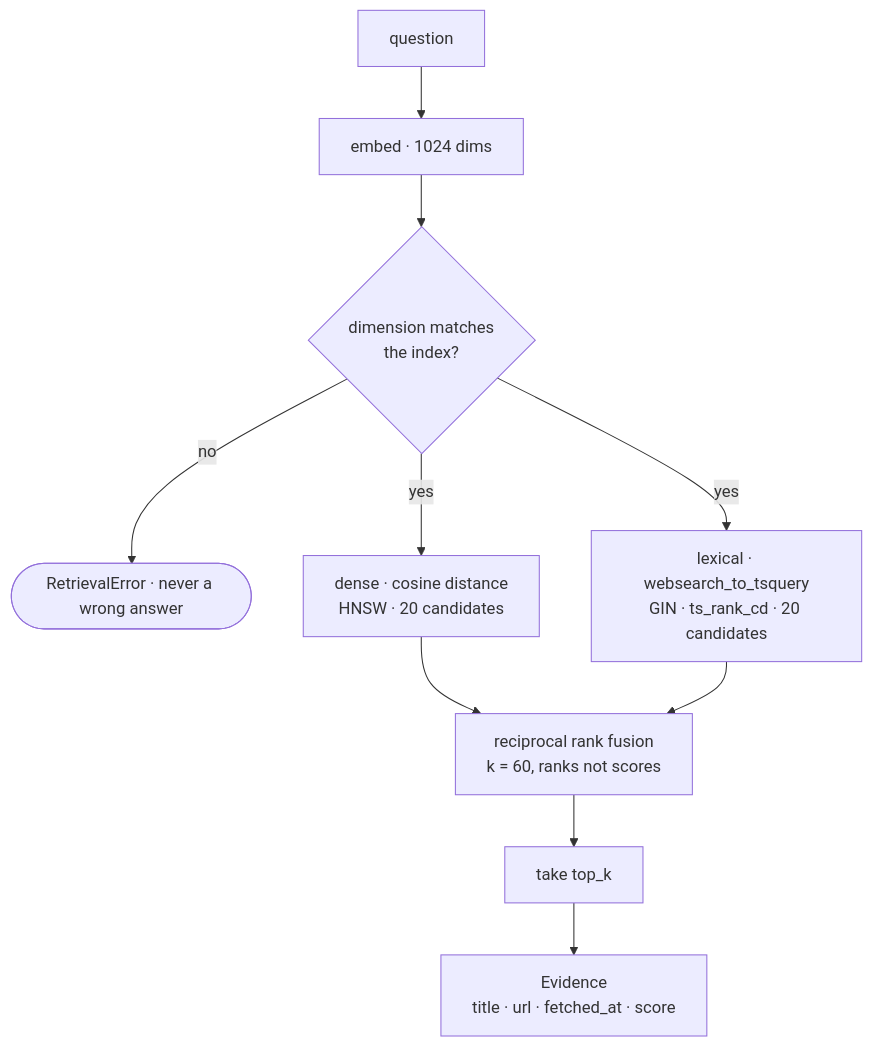
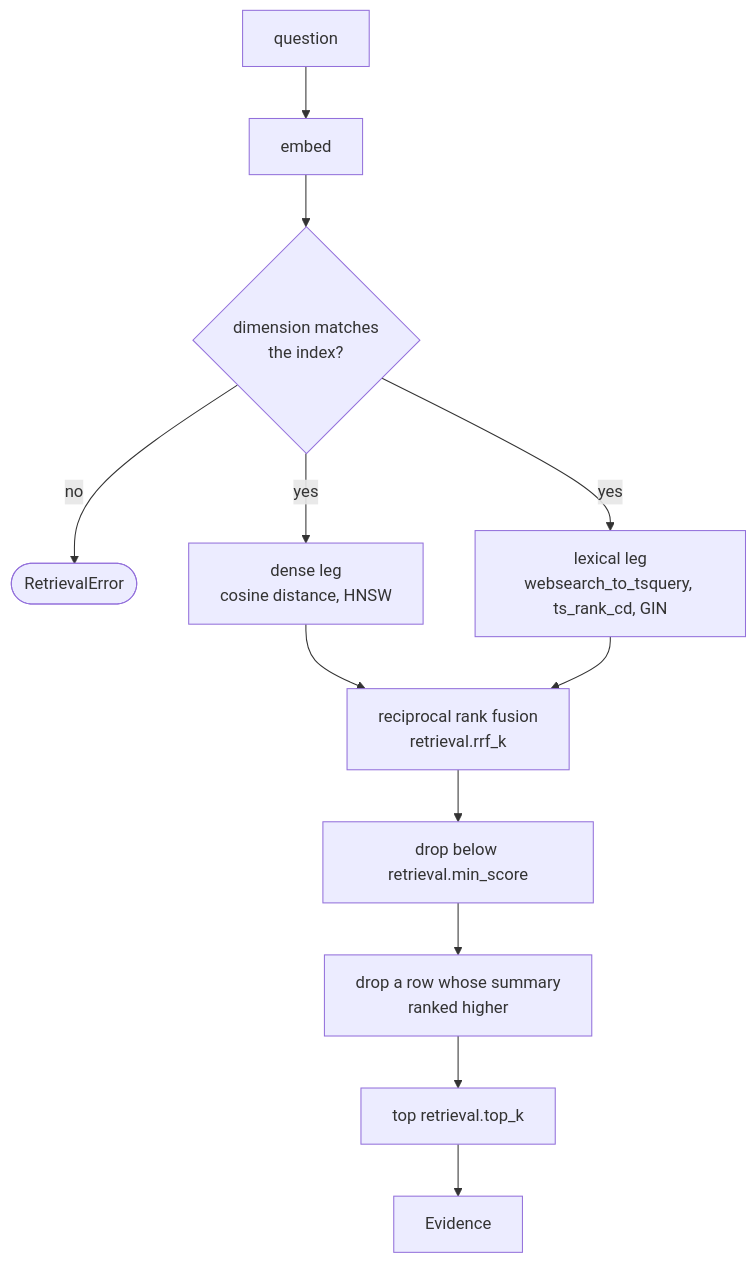
Before and after one commit to ashworks1706/SparkyAI: the sixth of 10 diagrams in docs/ARCHITECTURE.md, drawn with Mermaid. The commit also changed other lines of this file and 180 other files, not shown here.

````diff
--- a/docs/ARCHITECTURE.md
+++ b/docs/ARCHITECTURE.md
@@ -386,12 +465,14 @@
 ```mermaid
 flowchart TD
-    Q["question"] --> EMB["embed · 1024 dims"]
+    Q["question"] --> EMB["embed"]
     EMB --> DIM{"dimension matches<br/>the index?"}
-    DIM -->|no| ERR(["RetrievalError · never a wrong answer"])
-    DIM -->|yes| DENSE["dense · cosine distance<br/>HNSW · 20 candidates"]
-    DIM -->|yes| LEX["lexical · websearch_to_tsquery<br/>GIN · ts_rank_cd · 20 candidates"]
-    DENSE --> RRF["reciprocal rank fusion<br/>k = 60, ranks not scores"]
+    DIM -->|no| ERR(["RetrievalError"])
+    DIM -->|yes| DENSE["dense leg<br/>cosine distance, HNSW"]
+    DIM -->|yes| LEX["lexical leg<br/>websearch_to_tsquery, ts_rank_cd, GIN"]
+    DENSE --> RRF["reciprocal rank fusion<br/>retrieval.rrf_k"]
     LEX --> RRF
-    RRF --> TOPK["take top_k"]
-    TOPK --> EV["Evidence<br/>title · url · fetched_at · score"]
+    RRF --> MIN["drop below retrieval.min_score"]
+    MIN --> TREE["drop a row whose summary<br/>ranked higher"]
+    TREE --> TOPK["top retrieval.top_k"]
+    TOPK --> EV["Evidence"]
 ```
````
